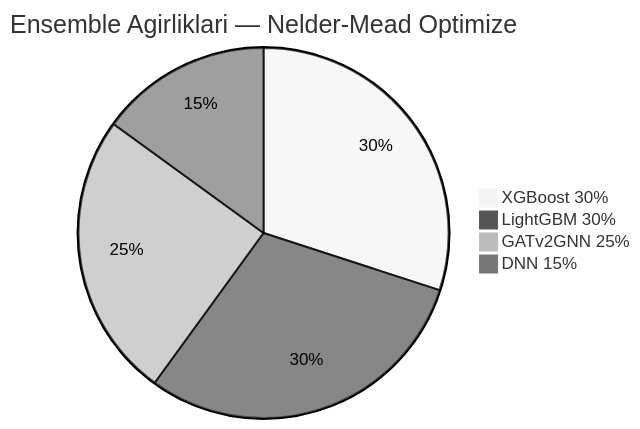
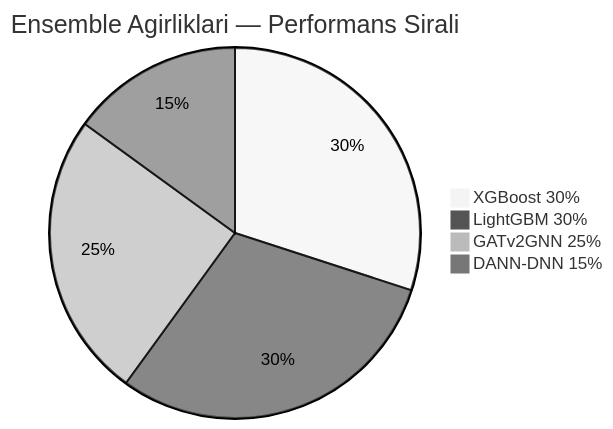
One commit to msgxr/VARIANT-GNN changed the fourth of 17 diagrams in README.md. Above: the diagram before and after it, drawn with Mermaid (neutral theme). The commit also changed other lines of this file and 1 other file, not shown here.

````diff
--- a/README.md
+++ b/README.md
@@ -244,7 +295,7 @@
 ```mermaid
-pie title Ensemble Agirliklari — Nelder-Mead Optimize
+pie title Ensemble Agirliklari — Performans Sirali
     "XGBoost  30%" : 30
     "LightGBM 30%" : 30
     "GATv2GNN 25%" : 25
-    "DNN      15%" : 15
+    "DANN-DNN 15%" : 15
 ```
````
